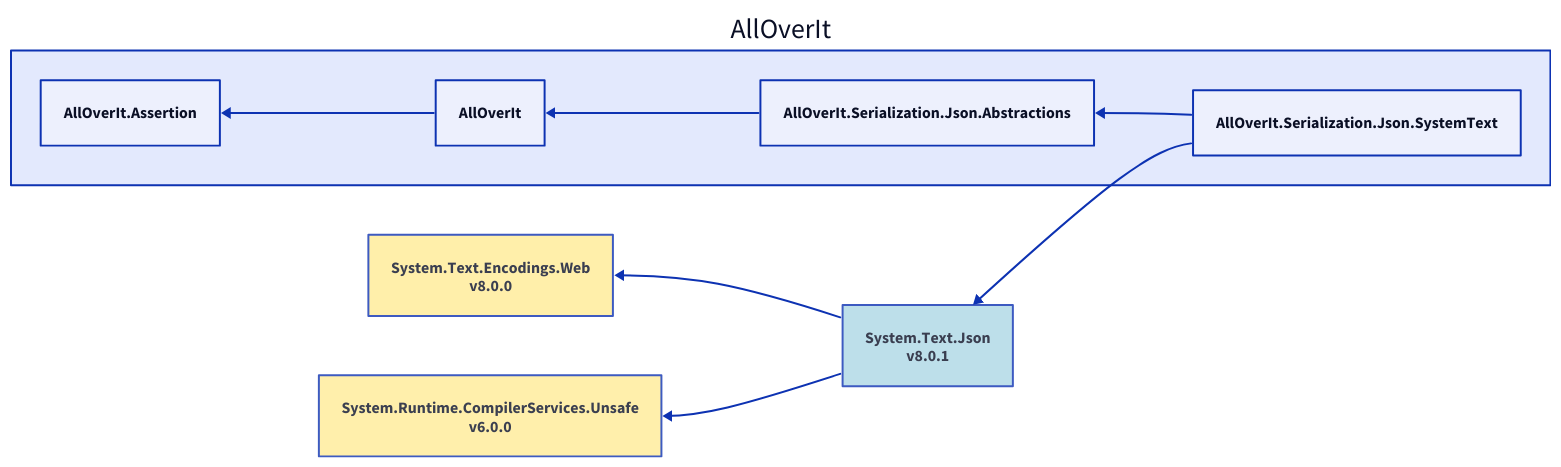
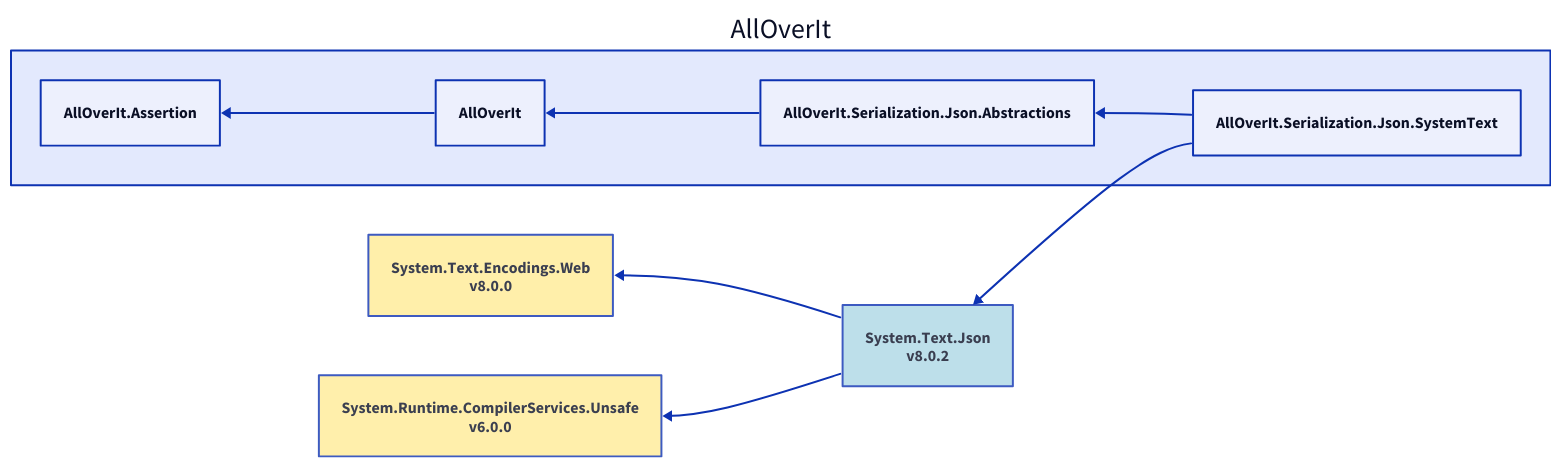
The diagram in Docs/Reference/Content/images/dependencies/net7.0/alloverit-serialization-json-systemtext.d2 (mjfreelancing/AllOverIt), drawn with D2 before and after one commit. The commit also changed 79 other files, not shown here.

```diff
--- a/Docs/Reference/Content/images/dependencies/net7.0/alloverit-serialization-json-systemtext.d2
+++ b/Docs/Reference/Content/images/dependencies/net7.0/alloverit-serialization-json-systemtext.d2
@@ -1,22 +1,22 @@
 direction: left
 
 aoi: AllOverIt
 aoi.alloverit-serialization-json-systemtext: AllOverIt.Serialization.Json.SystemText
-system-text-json_8-0-1: System.Text.Json\nv8.0.1
-system-text-json_8-0-1.style.fill: "#ADD8E6"
-system-text-json_8-0-1.style.opacity: 0.8
+system-text-json_8-0-2: System.Text.Json\nv8.0.2
+system-text-json_8-0-2.style.fill: "#ADD8E6"
+system-text-json_8-0-2.style.opacity: 0.8
 system-text-encodings-web_8-0-0: System.Text.Encodings.Web\nv8.0.0
 system-text-encodings-web_8-0-0.style.fill: "#FFEC96"
 system-text-encodings-web_8-0-0.style.opacity: 0.8
-system-text-encodings-web_8-0-0 <- system-text-json_8-0-1
+system-text-encodings-web_8-0-0 <- system-text-json_8-0-2
 system-runtime-compilerservices-unsafe_6-0-0: System.Runtime.CompilerServices.Unsafe\nv6.0.0
 system-runtime-compilerservices-unsafe_6-0-0.style.fill: "#FFEC96"
 system-runtime-compilerservices-unsafe_6-0-0.style.opacity: 0.8
-system-runtime-compilerservices-unsafe_6-0-0 <- system-text-json_8-0-1
-system-text-json_8-0-1 <- aoi.alloverit-serialization-json-systemtext
+system-runtime-compilerservices-unsafe_6-0-0 <- system-text-json_8-0-2
+system-text-json_8-0-2 <- aoi.alloverit-serialization-json-systemtext
 aoi.alloverit-serialization-json-abstractions: AllOverIt.Serialization.Json.Abstractions
 aoi.alloverit: AllOverIt
 aoi.alloverit-assertion: AllOverIt.Assertion
 aoi.alloverit-assertion <- aoi.alloverit
 aoi.alloverit <- aoi.alloverit-serialization-json-abstractions
 aoi.alloverit-serialization-json-abstractions <- aoi.alloverit-serialization-json-systemtext
```
